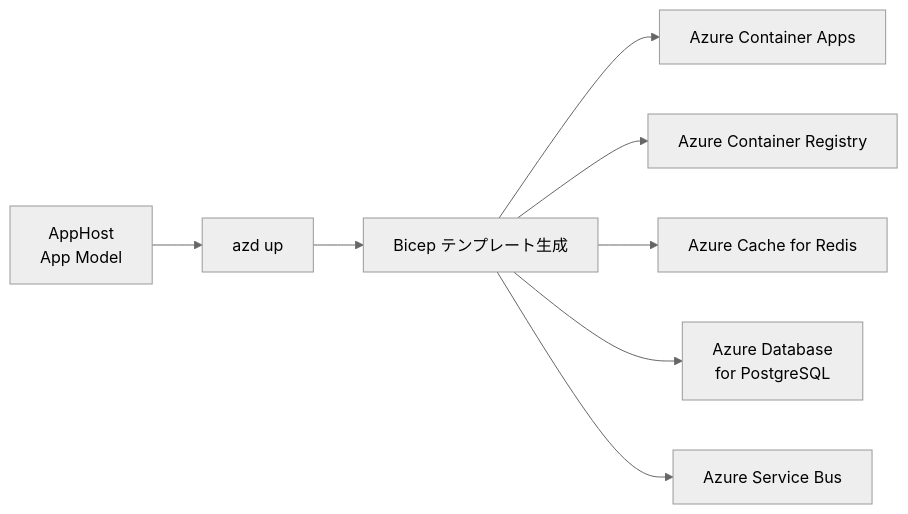
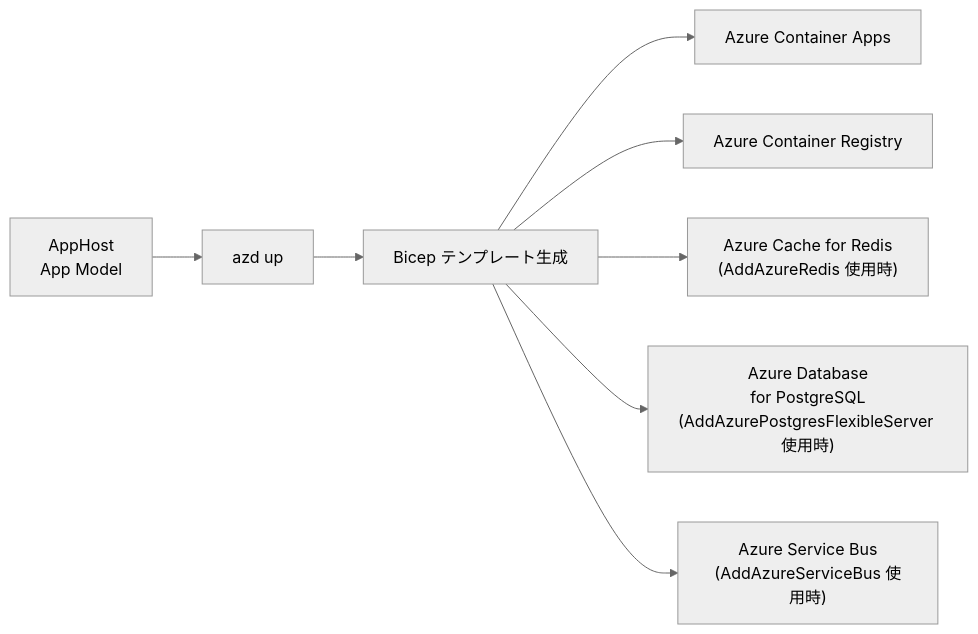
Diagram 16 of 18 in content/blog/ja/dotnet-aspire.mdx (yoichiozaki/yoichiozaki.github.io), drawn with Mermaid (neutral theme) before and after one commit. The commit also changed other lines of this file and 116 other files, not shown here.

````diff
--- a/content/blog/ja/dotnet-aspire.mdx
+++ b/content/blog/ja/dotnet-aspire.mdx
@@ -927,10 +934,10 @@
 ```mermaid
 graph LR
     AppHost["AppHost<br/>App Model"] --> AZD["azd up"]
     AZD --> Infra["Bicep テンプレート生成"]
     Infra --> ACA["Azure Container Apps"]
     Infra --> ACR["Azure Container Registry"]
-    Infra --> Redis["Azure Cache for Redis"]
-    Infra --> PGSQL["Azure Database<br/>for PostgreSQL"]
-    Infra --> SB["Azure Service Bus"]
+    Infra --> Redis["Azure Cache for Redis<br/>(AddAzureRedis 使用時)"]
+    Infra --> PGSQL["Azure Database<br/>for PostgreSQL<br/>(AddAzurePostgresFlexibleServer 使用時)"]
+    Infra --> SB["Azure Service Bus<br/>(AddAzureServiceBus 使用時)"]
 ```
````
